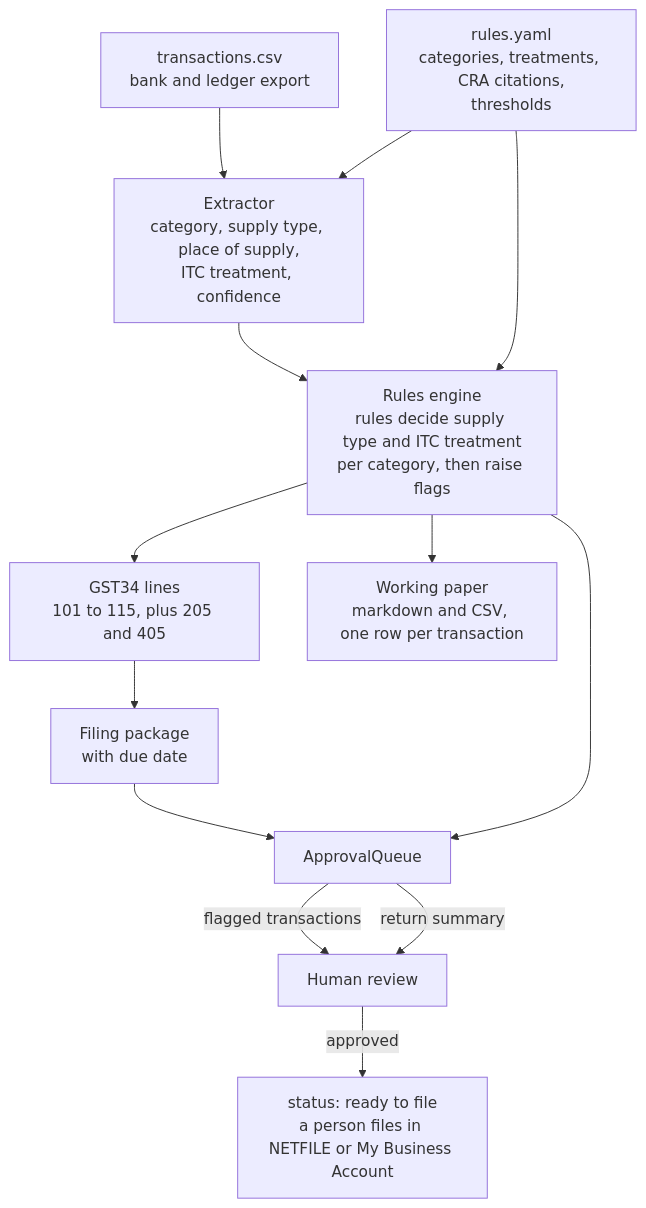
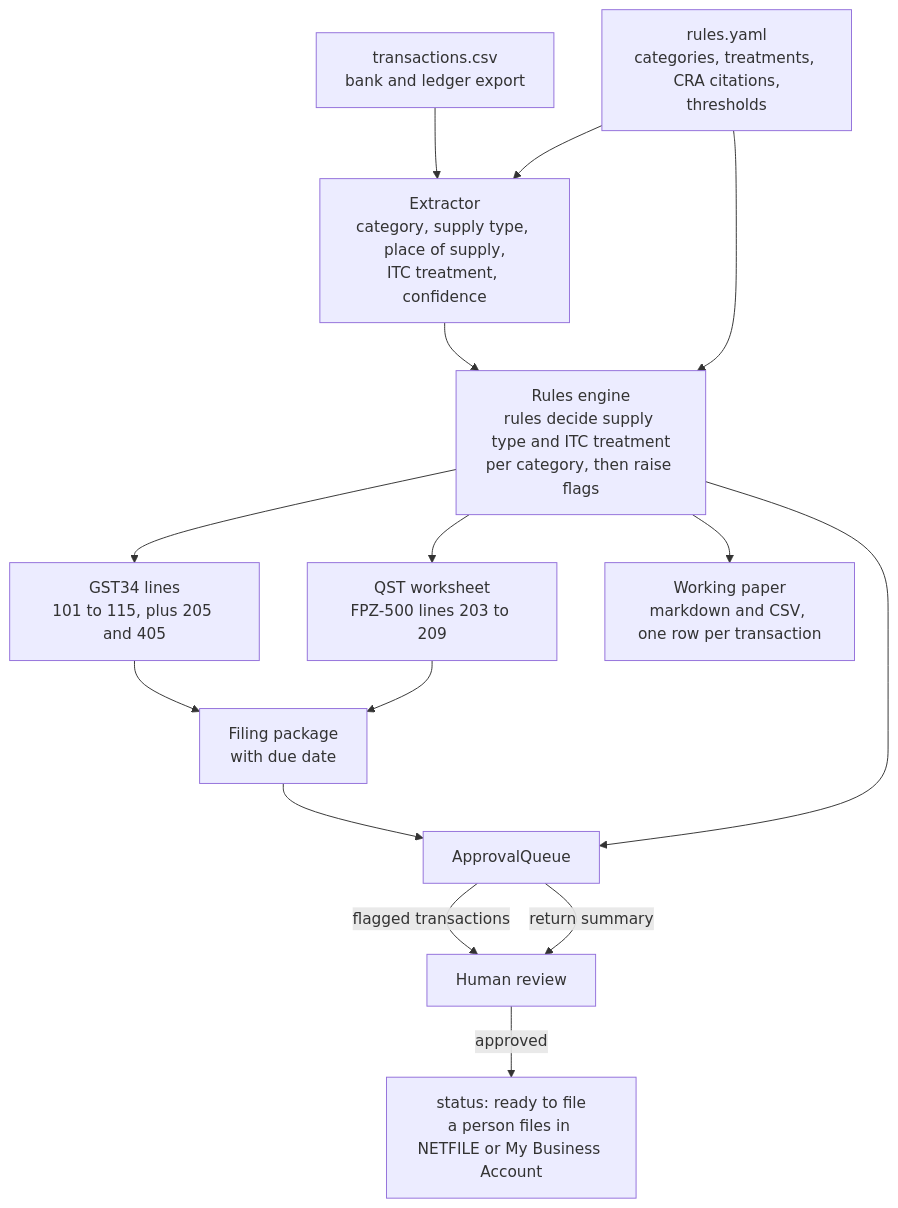
One commit to ankitmishra01/ai-finance-ops changed the diagram in 04_gst_hst/README.md. Above: the diagram before and after it, drawn with Mermaid. The commit also changed other lines of this file and 5 other files, not shown here.

First line of the commit message:
Docs: QST/PST support in the module READMEs, top README and architecture

````diff
--- a/04_gst_hst/README.md
+++ b/04_gst_hst/README.md
@@ -9,15 +9,17 @@
 ```mermaid
 flowchart TD
     A[transactions.csv<br/>bank and ledger export] --> B[Extractor<br/>category, supply type, place of supply,<br/>ITC treatment, confidence]
     R[rules.yaml<br/>categories, treatments, CRA citations,<br/>thresholds] --> B
     R --> C
     B --> C[Rules engine<br/>rules decide supply type and ITC treatment<br/>per category, then raise flags]
     C --> D[GST34 lines<br/>101 to 115, plus 205 and 405]
+    C --> W[QST worksheet<br/>FPZ-500 lines 203 to 209]
+    W --> F
     C --> E[Working paper<br/>markdown and CSV, one row per transaction]
     D --> F[Filing package<br/>with due date]
     C --> Q[ApprovalQueue]
     F --> Q
     Q -->|flagged transactions| H[Human review]
     Q -->|return summary| H
     H -->|approved| G[status: ready to file<br/>a person files in NETFILE or My Business Account]
 ```
````
